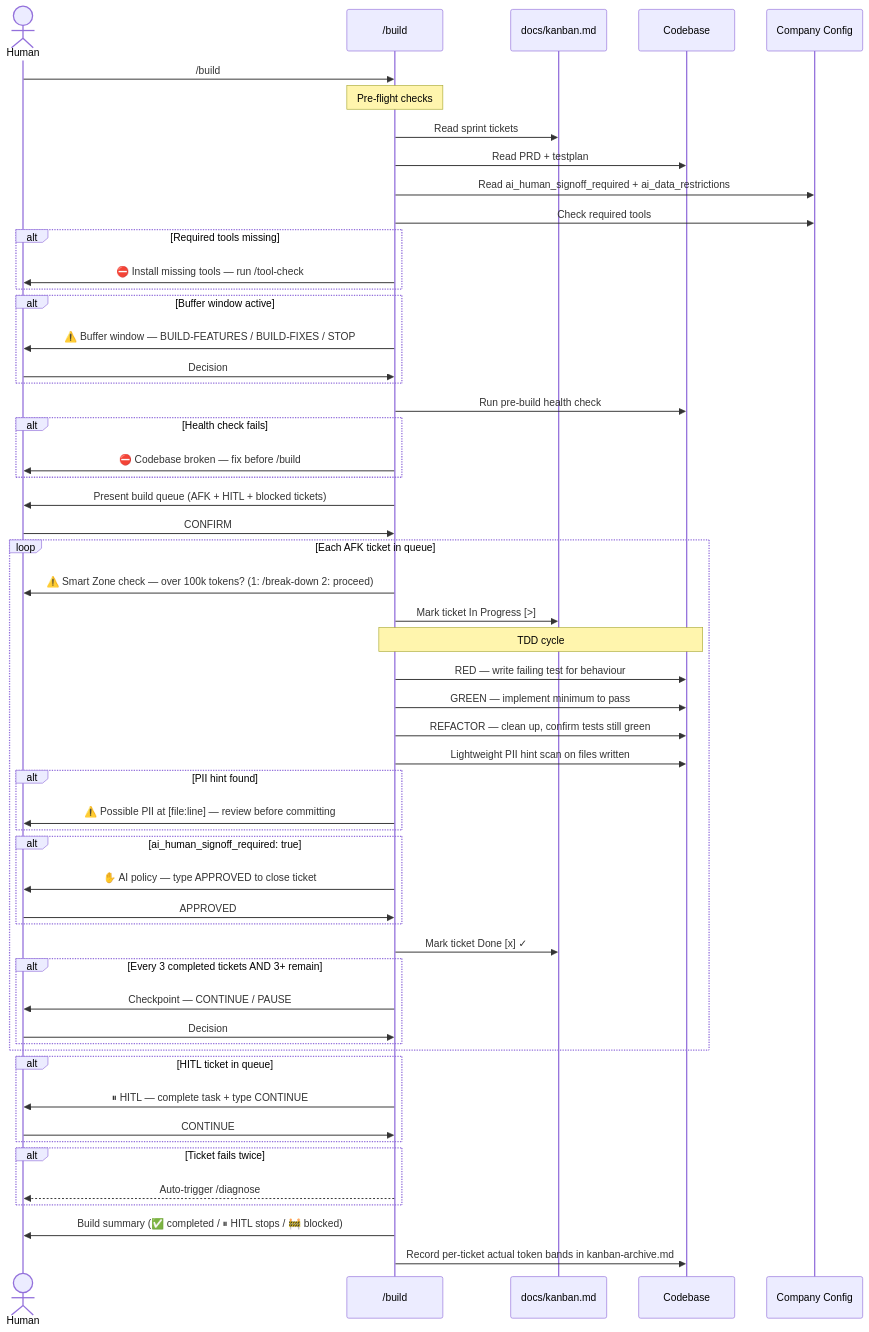
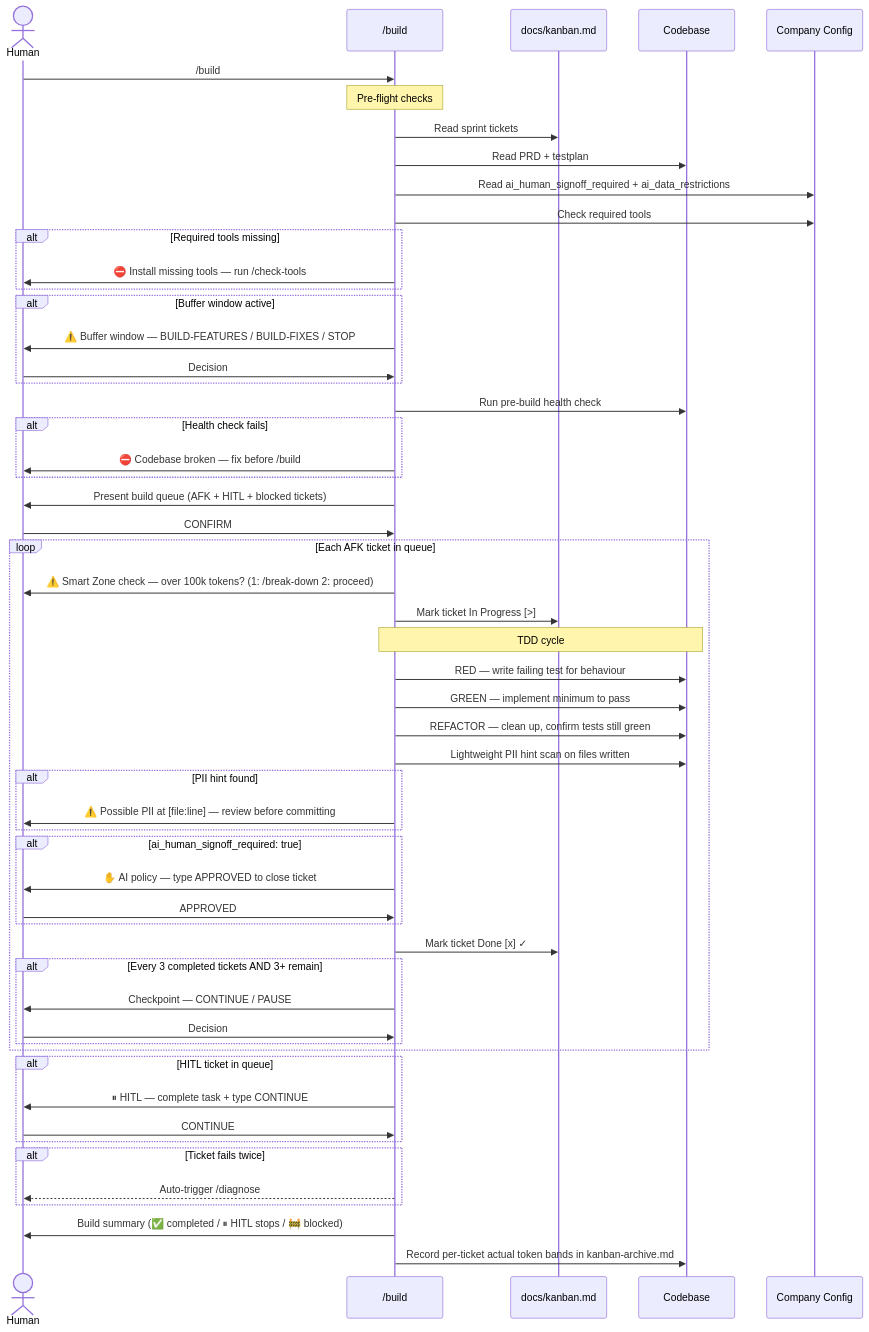
The diagram in docs/diagrams/phase-05-build.mmd (glensanders-gdev/Forge), drawn with Mermaid before and after one commit. The commit also changed 342 other files, not shown here.

```diff
--- a/docs/diagrams/phase-05-build.mmd
+++ b/docs/diagrams/phase-05-build.mmd
@@ -1,69 +1,69 @@
 sequenceDiagram
     actor H as Human
     participant B as /build
     participant KB as docs/kanban.md
     participant Code as Codebase
     participant Cfg as Company Config
 
     H->>B: /build
 
     note over B: Pre-flight checks
     B->>KB: Read sprint tickets
     B->>Code: Read PRD + testplan
     B->>Cfg: Read ai_human_signoff_required + ai_data_restrictions
     B->>Cfg: Check required tools
     alt Required tools missing
-        B->>H: ⛔ Install missing tools — run /tool-check
+        B->>H: ⛔ Install missing tools — run /check-tools
     end
 
     alt Buffer window active
         B->>H: ⚠️ Buffer window — BUILD-FEATURES / BUILD-FIXES / STOP
         H->>B: Decision
     end
 
     B->>Code: Run pre-build health check
     alt Health check fails
         B->>H: ⛔ Codebase broken — fix before /build
     end
 
     B->>H: Present build queue (AFK + HITL + blocked tickets)
     H->>B: CONFIRM
 
     loop Each AFK ticket in queue
         B->>H: ⚠️ Smart Zone check — over 100k tokens? (1: /break-down  2: proceed)
         B->>KB: Mark ticket In Progress [>]
 
         note over B,Code: TDD cycle
         B->>Code: RED — write failing test for behaviour
         B->>Code: GREEN — implement minimum to pass
         B->>Code: REFACTOR — clean up, confirm tests still green
 
         B->>Code: Lightweight PII hint scan on files written
         alt PII hint found
             B->>H: ⚠️ Possible PII at [file:line] — review before committing
         end
 
         alt ai_human_signoff_required: true
             B->>H: ✋ AI policy — type APPROVED to close ticket
             H->>B: APPROVED
         end
 
         B->>KB: Mark ticket Done [x] ✓
 
         alt Every 3 completed tickets AND 3+ remain
             B->>H: Checkpoint — CONTINUE / PAUSE
             H->>B: Decision
         end
     end
 
     alt HITL ticket in queue
         B->>H: ⏸ HITL — complete task + type CONTINUE
         H->>B: CONTINUE
     end
 
     alt Ticket fails twice
         B-->>H: Auto-trigger /diagnose
     end
 
     B->>H: Build summary (✅ completed / ⏸ HITL stops / 🚧 blocked)
     B->>Code: Record per-ticket actual token bands in kanban-archive.md
```
